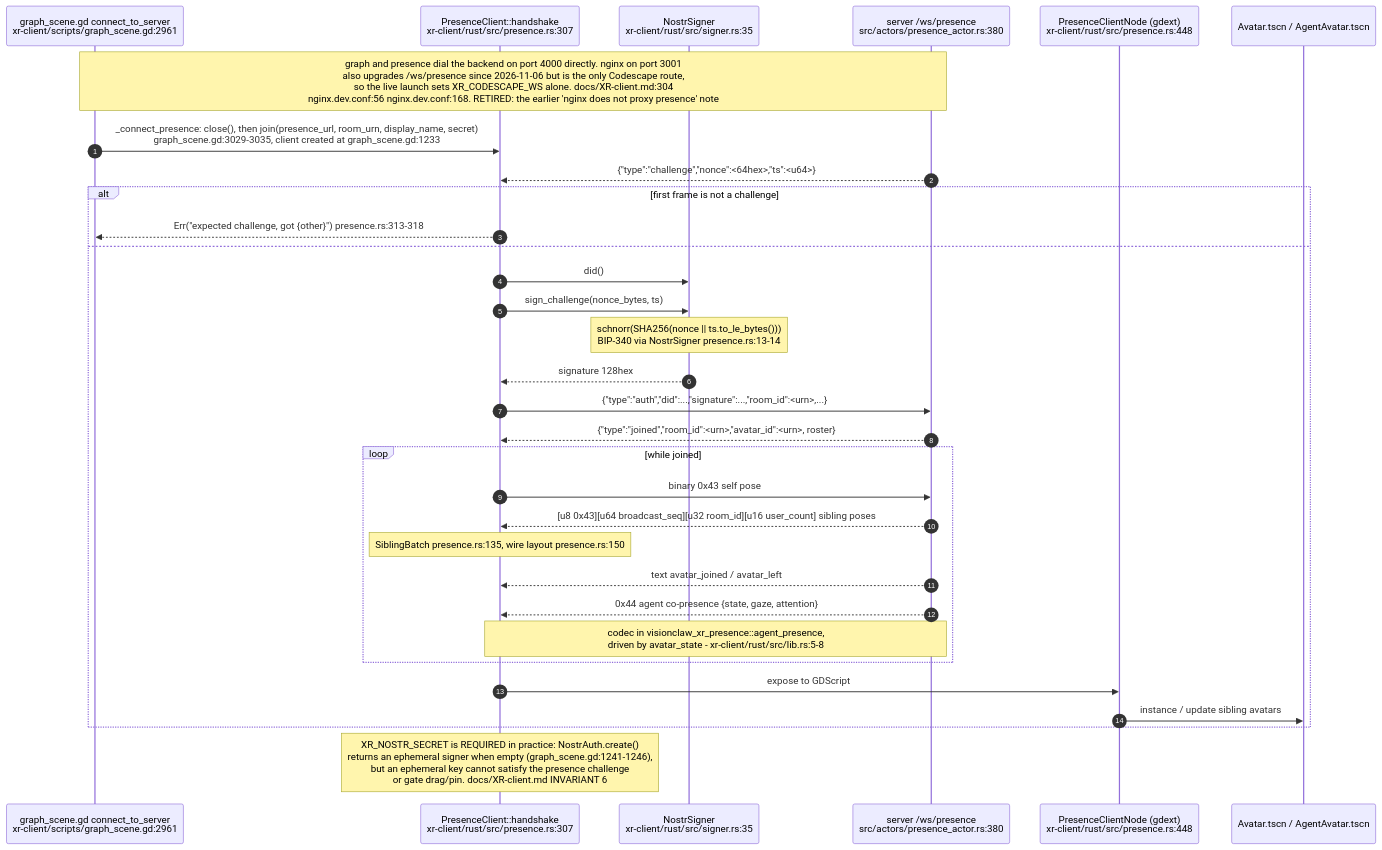
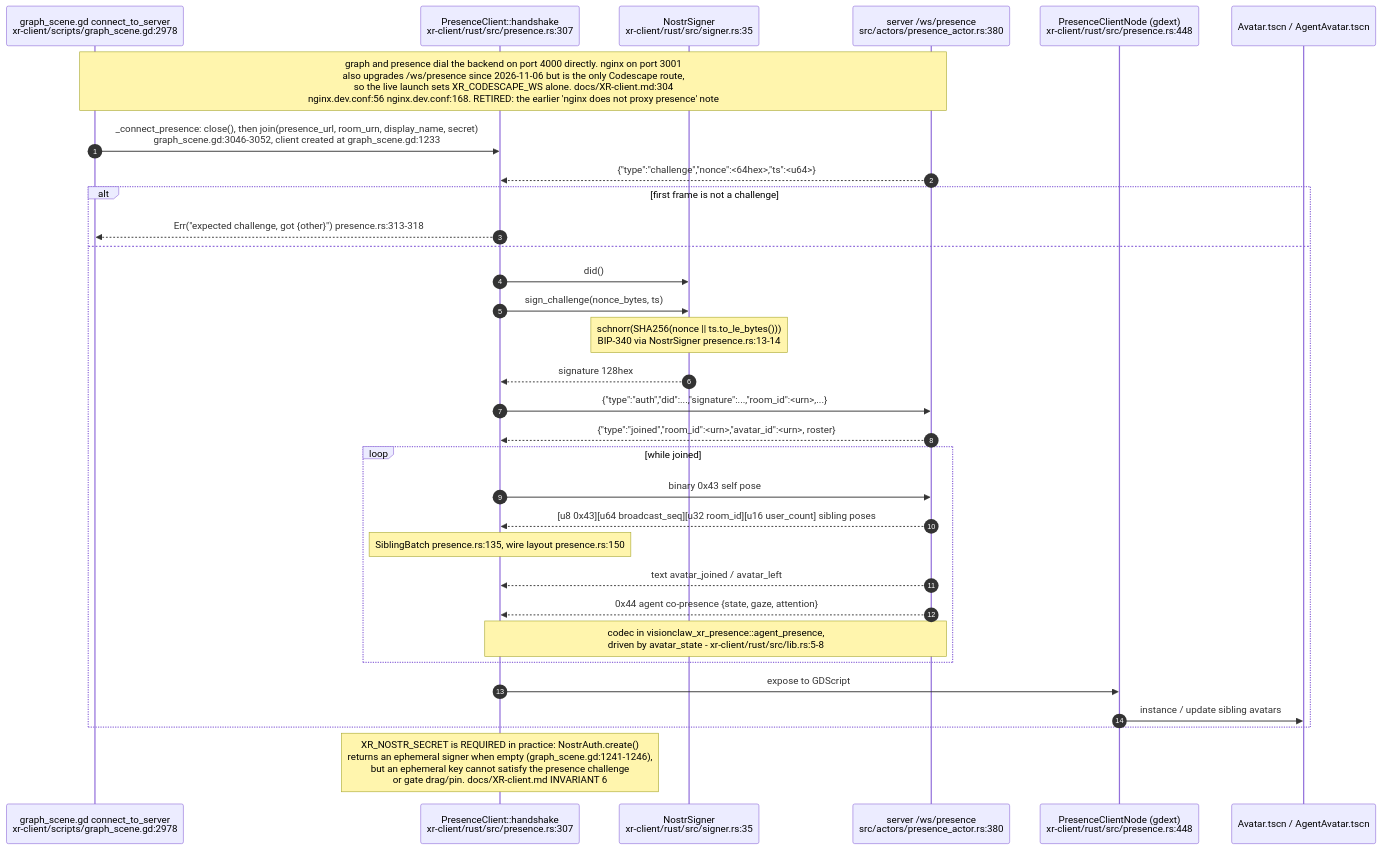
The tenth of 30 diagrams in docs/diagrams/visionclaw/36-godot-xr-client.md (DreamLab-AI/VisionFlow), drawn with Mermaid before and after one commit. The commit also changed other lines of this file and 49 other files, not shown here.

First line of the commit message:
docs(diagrams): re-derive and re-stamp VisionClaw, estate, knowledge-graph, visionGraph, VisionFlow and sidestr topics

````diff
--- a/docs/diagrams/visionclaw/36-godot-xr-client.md
+++ b/docs/diagrams/visionclaw/36-godot-xr-client.md
@@ -595,35 +595,35 @@
 ```mermaid
 sequenceDiagram
     autonumber
-    participant GS as graph_scene.gd connect_to_server<br/>xr-client/scripts/graph_scene.gd:2961
+    participant GS as graph_scene.gd connect_to_server<br/>xr-client/scripts/graph_scene.gd:2978
     participant PC as PresenceClient::handshake<br/>xr-client/rust/src/presence.rs:307
     participant SG as NostrSigner<br/>xr-client/rust/src/signer.rs:35
     participant SV as server /ws/presence<br/>src/actors/presence_actor.rs:380
     participant PN as PresenceClientNode (gdext)<br/>xr-client/rust/src/presence.rs:448
     participant AV as Avatar.tscn / AgentAvatar.tscn
 
     Note over GS,SV: graph and presence dial the backend on port 4000 directly. nginx on port 3001<br/>also upgrades /ws/presence since 2026-11-06 but is the only Codescape route,<br/>so the live launch sets XR_CODESCAPE_WS alone. docs/XR-client.md:304<br/>nginx.dev.conf:56 nginx.dev.conf:168. RETIRED: the earlier 'nginx does not proxy presence' note
-    GS->>PC: _connect_presence: close(), then join(presence_url, room_urn, display_name, secret)<br/>graph_scene.gd:3029-3035, client created at graph_scene.gd:1233
+    GS->>PC: _connect_presence: close(), then join(presence_url, room_urn, display_name, secret)<br/>graph_scene.gd:3046-3052, client created at graph_scene.gd:1233
     SV-->>PC: {"type":"challenge","nonce":<64hex>,"ts":<u64>}
     alt first frame is not a challenge
         PC-->>GS: Err("expected challenge, got {other}") presence.rs:313-318
     else
         PC->>SG: did()
         PC->>SG: sign_challenge(nonce_bytes, ts)
         Note over SG: schnorr(SHA256(nonce || ts.to_le_bytes()))<br/>BIP-340 via NostrSigner presence.rs:13-14
         SG-->>PC: signature 128hex
         PC->>SV: {"type":"auth","did":...,"signature":...,"room_id":<urn>,...}
         SV-->>PC: {"type":"joined","room_id":<urn>,"avatar_id":<urn>, roster}
         loop while joined
             PC->>SV: binary 0x43 self pose
             SV-->>PC: [u8 0x43][u64 broadcast_seq][u32 room_id][u16 user_count] sibling poses
             Note over PC: SiblingBatch presence.rs:135, wire layout presence.rs:150
             SV-->>PC: text avatar_joined / avatar_left
             SV-->>PC: 0x44 agent co-presence {state, gaze, attention}
             Note over SV,PC: codec in visionclaw_xr_presence::agent_presence,<br/>driven by avatar_state - xr-client/rust/src/lib.rs:5-8
         end
         PC->>PN: expose to GDScript
         PN->>AV: instance / update sibling avatars
     end
     Note over PC: XR_NOSTR_SECRET is REQUIRED in practice: NostrAuth.create()<br/>returns an ephemeral signer when empty (graph_scene.gd:1241-1246),<br/>but an ephemeral key cannot satisfy the presence challenge<br/>or gate drag/pin. docs/XR-client.md INVARIANT 6
 ```
````
